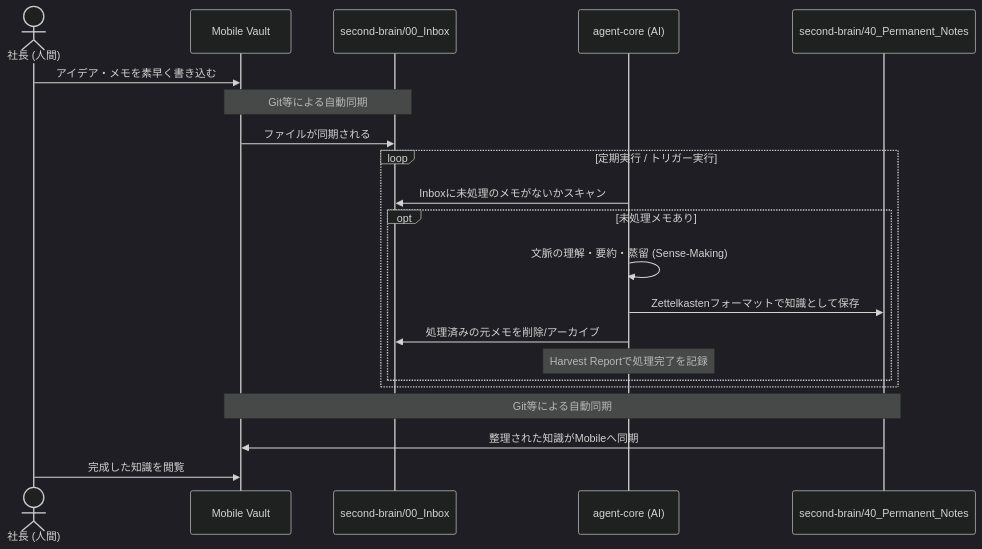
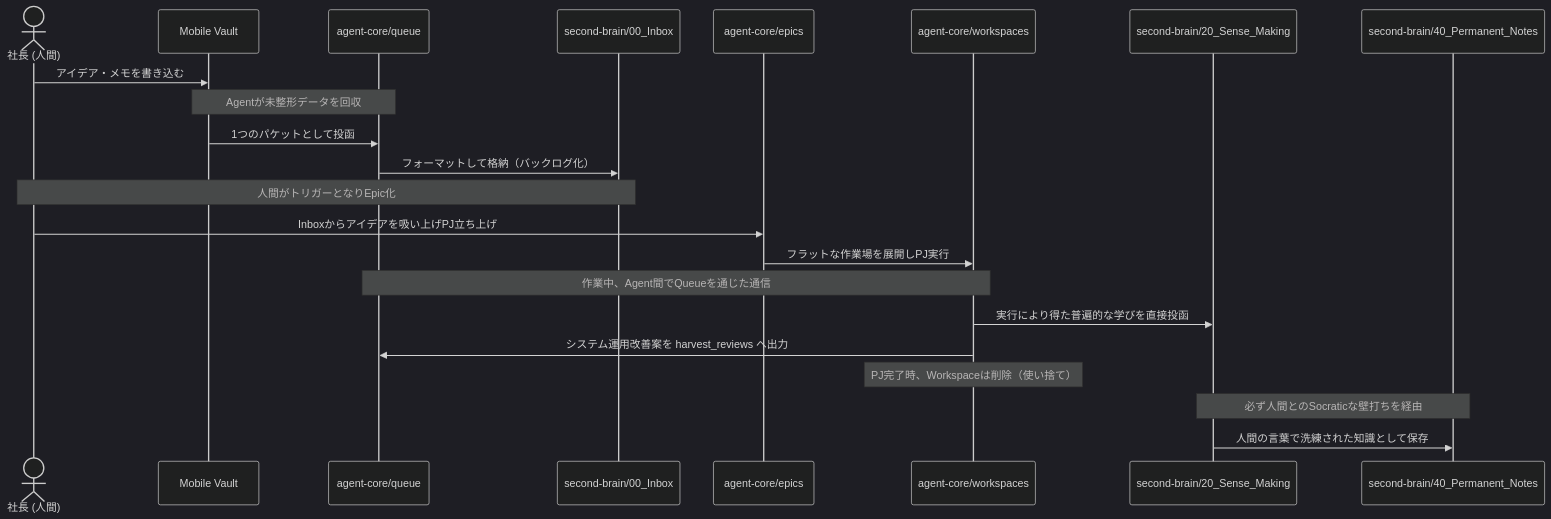
The diagram in docs/architecture/data_flow.md (shoheiHasegawa/agent-core), drawn with Mermaid (dark theme) before and after one commit. The commit also changed other lines of this file and 25 other files, not shown here.

First line of the commit message:
docs: redefine ultimate data flow and queue packet architecture

````diff
--- a/docs/architecture/data_flow.md
+++ b/docs/architecture/data_flow.md
@@ -9,26 +8,32 @@
 ```mermaid
 sequenceDiagram
     actor User as 社長 (人間)
     participant Mobile as Mobile Vault
-    participant SB_Inbox as second-brain/00_Inbox
-    participant Agent as agent-core (AI)
-    participant SB_Perm as second-brain/40_Permanent_Notes
+    participant Queue as agent-core/queue
+    participant Inbox as second-brain/00_Inbox
+    participant Epic as agent-core/epics
+    participant Workspace as agent-core/workspaces
+    participant SenseMaking as second-brain/20_Sense_Making
+    participant PermNotes as second-brain/40_Permanent_Notes
     
-    User->>Mobile: アイデア・メモを素早く書き込む
-    note over Mobile,SB_Inbox: Git等による自動同期
-    Mobile->>SB_Inbox: ファイルが同期される
+    %% フェーズ1: 投入と整形
+    User->>Mobile: アイデア・メモを書き込む
+    note over Mobile,Queue: Agentが未整形データを回収
+    Mobile->>Queue: 1つのパケットとして投函
+    Queue->>Inbox: フォーマットして格納（バックログ化）
     
-    loop 定期実行 / トリガー実行
-        Agent->>SB_Inbox: Inboxに未処理のメモがないかスキャン
-        opt 未処理メモあり
-            Agent->>Agent: 文脈の理解・要約・蒸留 (Sense-Making)
-            Agent->>SB_Perm: Zettelkastenフォーマットで知識として保存
-            Agent->>SB_Inbox: 処理済みの元メモを削除/アーカイブ
-            note over Agent: Harvest Reportで処理完了を記録
-        end
-    end
+    %% フェーズ2: プロジェクト実行
+    note over User,Inbox: 人間がトリガーとなりEpic化
+    User->>Epic: Inboxからアイデアを吸い上げPJ立ち上げ
+    Epic->>Workspace: フラットな作業場を展開しPJ実行
+    note over Workspace,Queue: 作業中、Agent間でQueueを通じた通信
     
-    note over SB_Perm,Mobile: Git等による自動同期
-    SB_Perm->>Mobile: 整理された知識がMobileへ同期
-    User->>Mobile: 完成した知識を閲覧
+    %% フェーズ3: 学びと改善の抽出 (Continuous Harvesting)
+    Workspace->>SenseMaking: 実行により得た普遍的な学びを直接投函
+    Workspace->>Queue: システム運用改善案を harvest_reviews へ出力
+    note over Workspace: PJ完了時、Workspaceは削除（使い捨て）
+    
+    %% フェーズ4: 知識の永続化
+    note over SenseMaking,PermNotes: 必ず人間とのSocraticな壁打ちを経由
+    SenseMaking->>PermNotes: 人間の言葉で洗練された知識として保存
 ```
````
